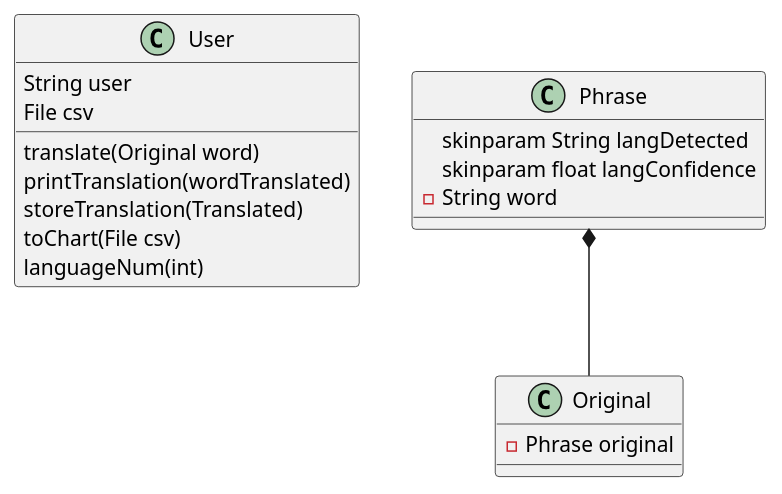
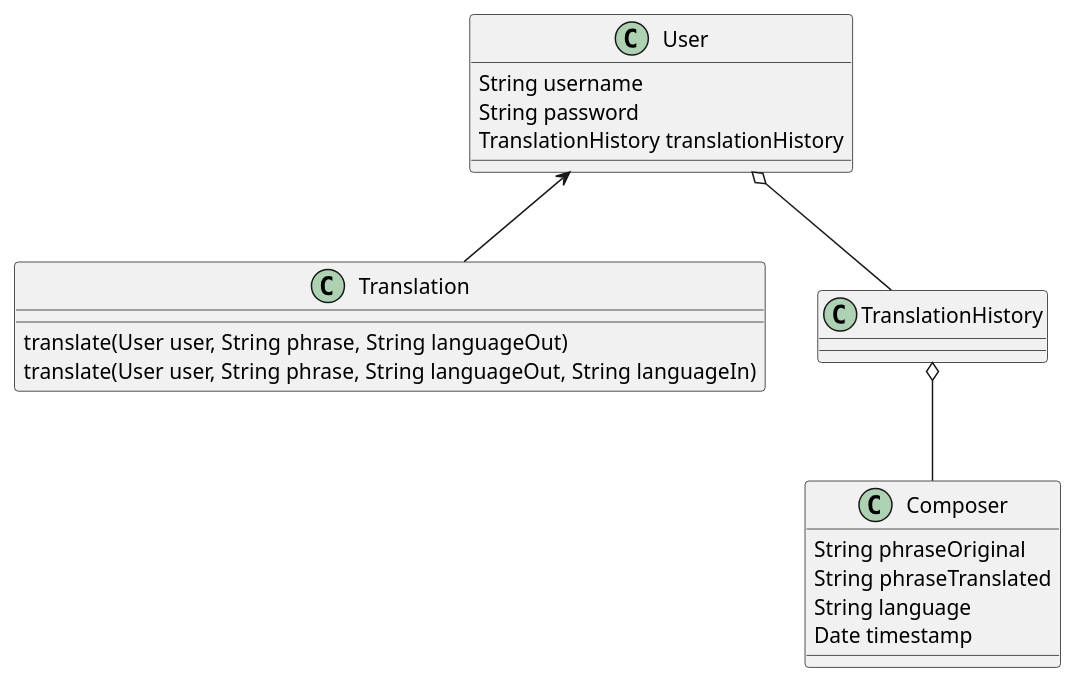
The diagram in Design.puml (anniexwang/CSC207), drawn with PlantUML before and after one commit.

Commit message:
revision lab 7

```diff
--- a/Design.puml
+++ b/Design.puml
@@ -1,34 +1,29 @@
 @startuml
 'https://plantuml.com/sequence-diagram
 
 class User{
-String user
-File csv
-translate(Original word)
-printTranslation(wordTranslated)
-storeTranslation(Translated)
-toChart(File csv)
-languageNum(int)
+String username
+String password
+TranslationHistory translationHistory
 }
 
-class Phrase{
-skinparam String langDetected
-skinparam float langConfidence
-- String word
-
-
+class Translation{
+translate(User user, String phrase, String languageOut)
+translate(User user, String phrase, String languageOut, String languageIn)
 }
 
-'class Translated{
-'- HashMap<String, Phrase> translated
-'}
-
-class Original{
-- Phrase original
+class TranslationHistory{
 }
 
-Phrase *-- Original
-'Phrase *-- Translated
+class Composer{
+String phraseOriginal
+String phraseTranslated
+String language
+Date timestamp
+}
+User <-- Translation
+User o-- TranslationHistory
+TranslationHistory o-- Composer
 
 
 @enduml
```
